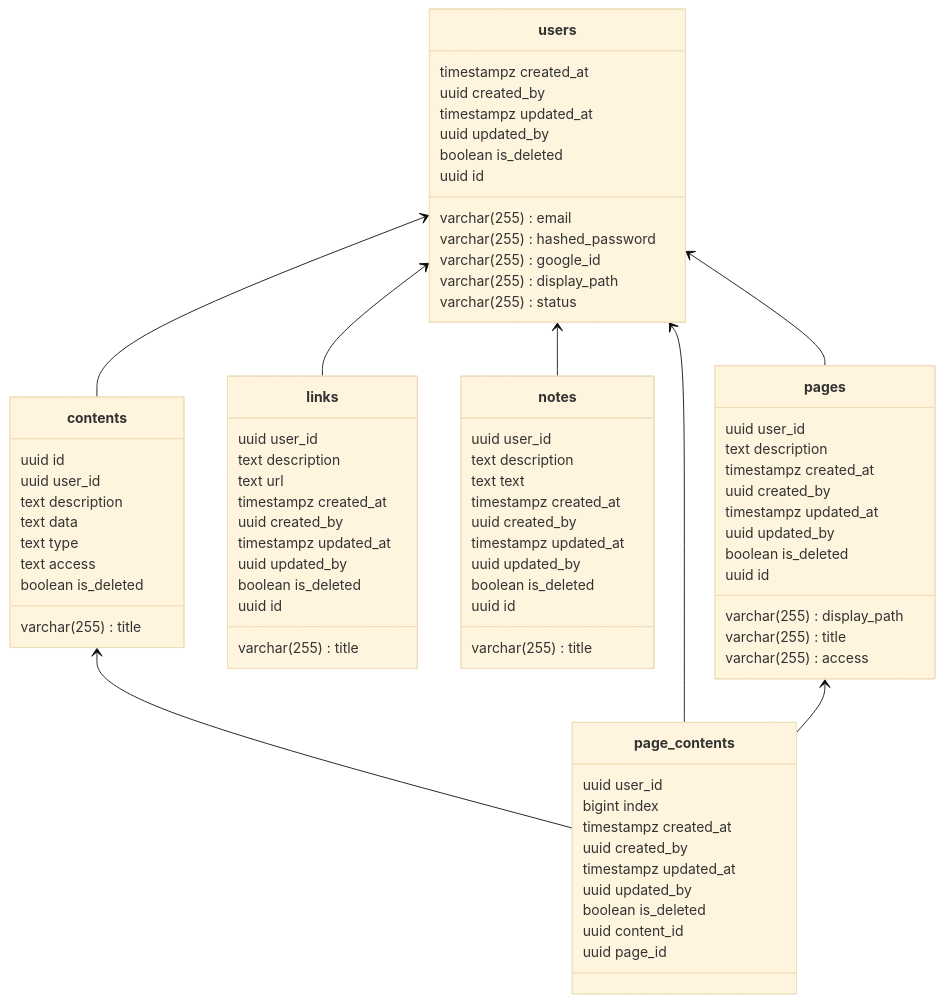
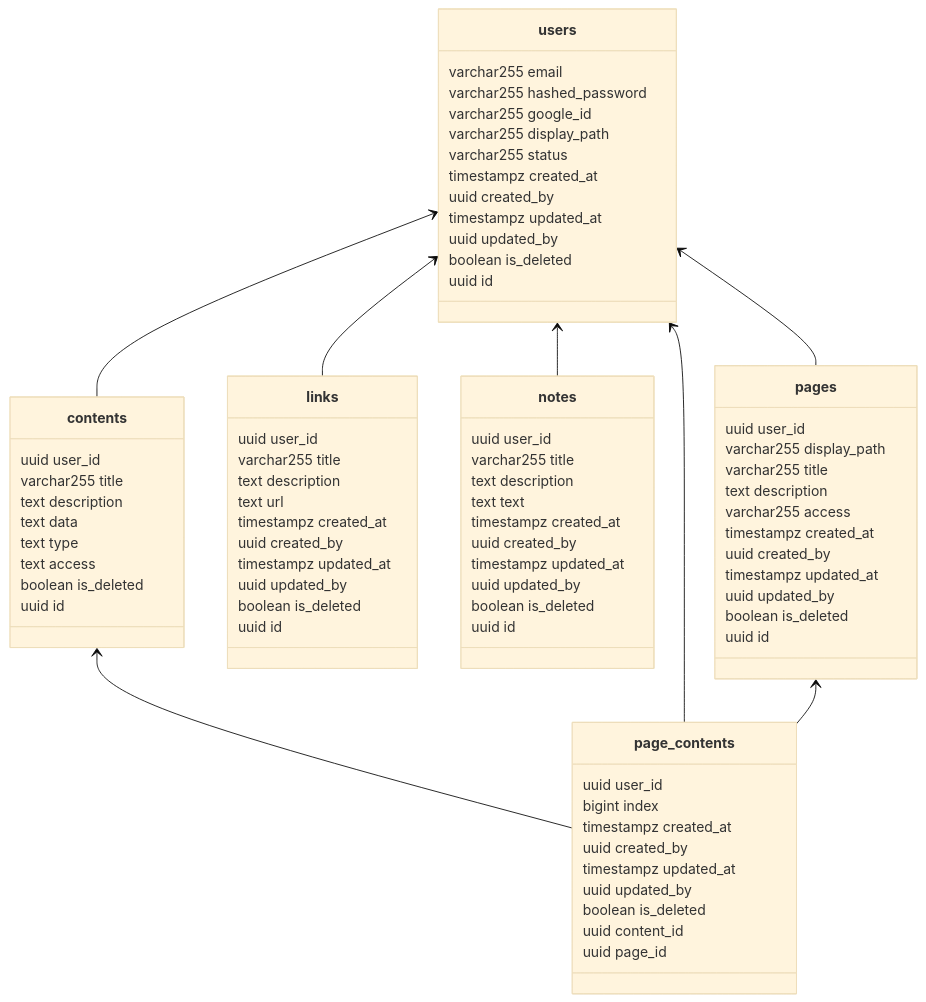
One commit to yozakura-minato/j3be changed the second of 2 diagrams in README.md. Above: the diagram before and after it, drawn with Mermaid (base theme). The commit also changed other lines of this file and 1 other file, not shown here.

Commit message:
ops: delete HELPME.md, update README.md

````diff
--- a/README.md
+++ b/README.md
@@ -39,82 +39,82 @@
 ```mermaid
 classDiagram
 direction BT
 class contents {
-   uuid id
    uuid user_id
-   varchar(255) title
+   varchar255 title
    text description
    text data
    text type
    text access
    boolean is_deleted
+   uuid id
 }
 class links {
    uuid user_id
-   varchar(255) title
+   varchar255 title
    text description
    text url
    timestampz created_at
    uuid created_by
    timestampz updated_at
    uuid updated_by
    boolean is_deleted
    uuid id
 }
 class notes {
    uuid user_id
-   varchar(255) title
+   varchar255 title
    text description
    text text
    timestampz created_at
    uuid created_by
    timestampz updated_at
    uuid updated_by
    boolean is_deleted
    uuid id
 }
 class page_contents {
    uuid user_id
    bigint index
    timestampz created_at
    uuid created_by
    timestampz updated_at
    uuid updated_by
    boolean is_deleted
    uuid content_id
    uuid page_id
 }
 class pages {
    uuid user_id
-   varchar(255) display_path
-   varchar(255) title
+   varchar255 display_path
+   varchar255 title
    text description
-   varchar(255) access
+   varchar255 access
    timestampz created_at
    uuid created_by
    timestampz updated_at
    uuid updated_by
    boolean is_deleted
    uuid id
 }
 class users {
-   varchar(255) email
-   varchar(255) hashed_password
-   varchar(255) google_id
-   varchar(255) display_path
-   varchar(255) status
+   varchar255 email
+   varchar255 hashed_password
+   varchar255 google_id
+   varchar255 display_path
+   varchar255 status
    timestampz created_at
    uuid created_by
    timestampz updated_at
    uuid updated_by
    boolean is_deleted
    uuid id
 }
 contents  -->  users
 links  -->  users
 notes  -->  users
 page_contents  -->  contents
 page_contents  -->  pages
 page_contents  -->  users
 pages  -->  users 
 ```
````
